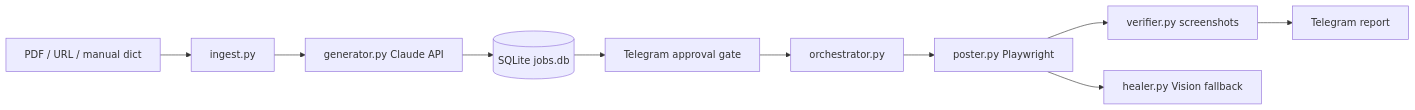
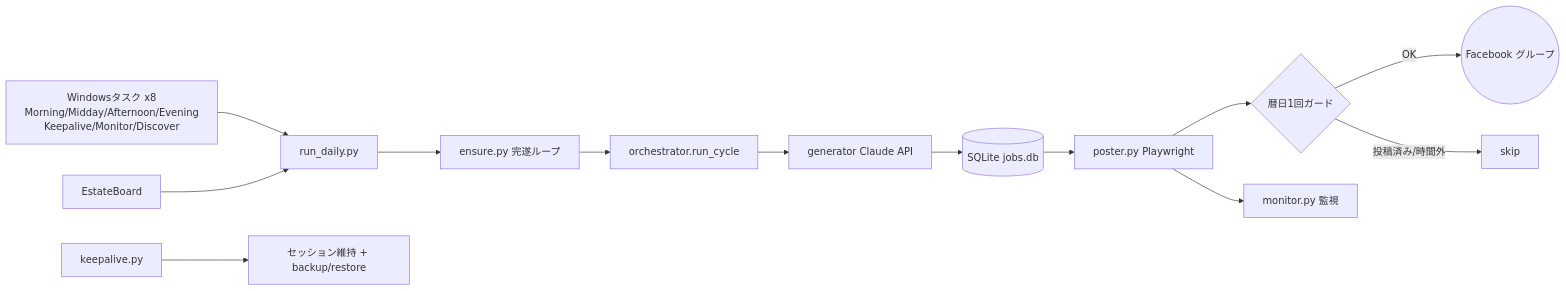
The diagram in README.md (univcorp2-ctrl/fb-group-autoposter), drawn with Mermaid before and after one commit. The commit also changed other lines of this file and 1 other file, not shown here.

Commit message:
docs: full architecture diagrams (data flow, completion loop, session resilience)
Rewrite docs/architecture.md and the README architecture section with
GitHub-rendered Mermaid diagrams reflecting the current design:
- end-to-end data flow incl. the 8 scheduled tasks
- ensure.py completion loop (never miss / never stop)
- session keepalive + backup/restore lifecycle
- job/target state machine + calendar-day idempotency guard
- layered fallback table

All diagrams validated by rendering to SVG with mermaid-cli.

````diff
--- a/README.md
+++ b/README.md
@@ -14,12 +17,15 @@
 ```mermaid
 flowchart LR
-  A[PDF / URL / manual dict] --> B[ingest.py]
-  B --> C[generator.py Claude API]
-  C --> D[(SQLite jobs.db)]
-  D --> E[Telegram approval gate]
-  E --> F[orchestrator.py]
-  F --> G[poster.py Playwright]
-  G --> H[verifier.py screenshots]
-  G --> I[healer.py Vision fallback]
-  H --> J[Telegram report]
+  T["Windowsタスク x8<br/>Morning/Midday/Afternoon/Evening<br/>Keepalive/Monitor/Discover"] --> RD["run_daily.py"]
+  RD --> ENS["ensure.py 完遂ループ"]
+  EB["EstateBoard"] --> RD
+  ENS --> RC["orchestrator.run_cycle"]
+  RC --> GEN["generator Claude API"]
+  GEN --> DB[("SQLite jobs.db")]
+  DB --> POST["poster.py Playwright"]
+  POST --> GUARD{"暦日1回ガード"}
+  GUARD -->|OK| FB(("Facebook グループ"))
+  GUARD -->|"投稿済み/時間外"| SKIP["skip"]
+  KA["keepalive.py"] --> SESS["セッション維持 + backup/restore"]
+  POST --> MON["monitor.py 監視"]
 ```
````
